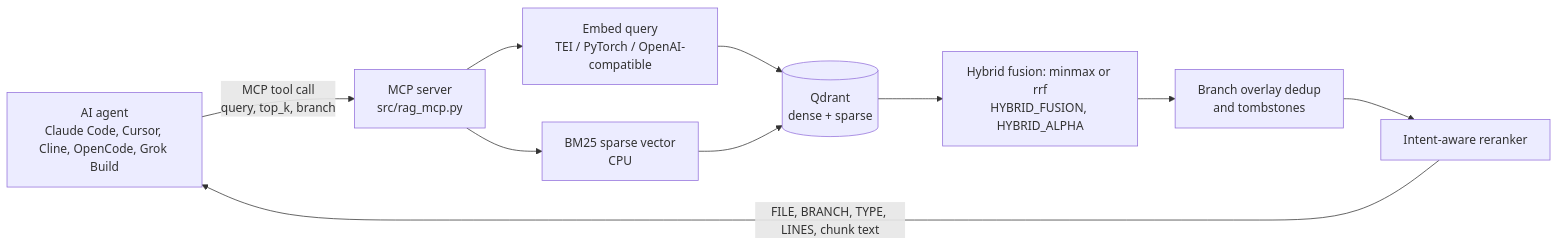
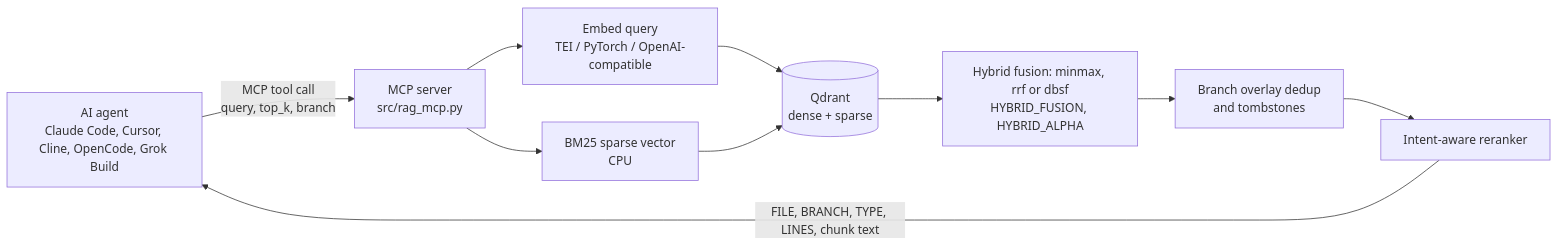
Before and after one commit to jakubstuglik/hybrid-code-rag-mcp: the first of 2 diagrams in README.md, drawn with Mermaid. The commit also changed other lines of this file and 6 other files, not shown here.

Commit message:
feat: HYBRID_FUSION = "dbsf" (distribution-based score fusion)

````diff
--- a/README.md
+++ b/README.md
@@ -65,12 +65,12 @@
 ```mermaid
 flowchart LR
     A[AI agent<br/>Claude Code, Cursor, Cline, OpenCode, Grok Build] -->|MCP tool call<br/>query, top_k, branch| M[MCP server<br/>src/rag_mcp.py]
     M --> E[Embed query<br/>TEI / PyTorch / OpenAI-compatible]
     M --> S[BM25 sparse vector<br/>CPU]
     E --> Q[(Qdrant<br/>dense + sparse)]
     S --> Q
-    Q --> F[Hybrid fusion: minmax or rrf<br/>HYBRID_FUSION, HYBRID_ALPHA]
+    Q --> F[Hybrid fusion: minmax, rrf or dbsf<br/>HYBRID_FUSION, HYBRID_ALPHA]
     F --> D[Branch overlay dedup<br/>and tombstones]
     D --> R[Intent-aware reranker]
     R -->|FILE, BRANCH, TYPE, LINES, chunk text| A
 ```
````
